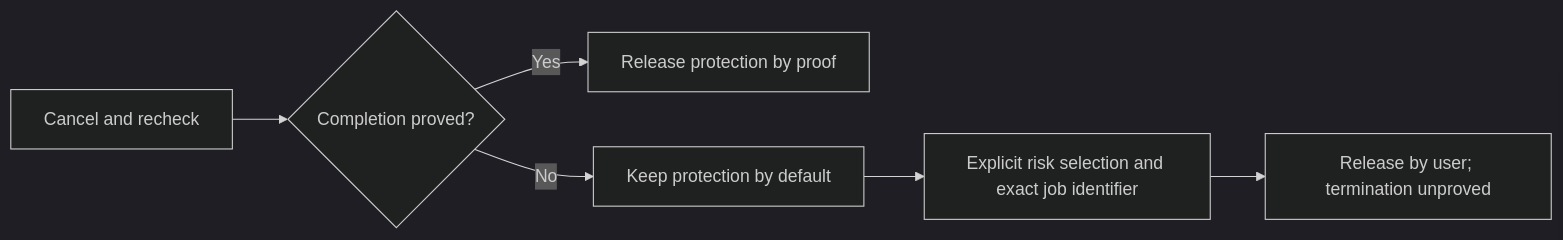
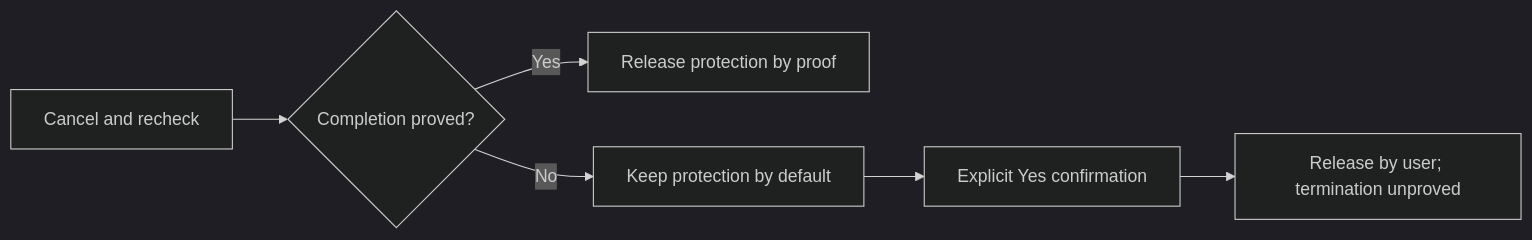
Before and after one commit to HenryQW/pi-harness: the first of 5 diagrams in extensions/pi-herdr-tools/README.md, drawn with Mermaid (dark theme). The commit also changed other lines of this file and 8 other files, not shown here.

````diff
--- a/extensions/pi-herdr-tools/README.md
+++ b/extensions/pi-herdr-tools/README.md
@@ -99,8 +105,8 @@
 ```mermaid
 flowchart LR
     A[Cancel and recheck] --> B{Completion proved?}
     B -->|Yes| C[Release protection by proof]
     B -->|No| D[Keep protection by default]
-    D --> E[Explicit risk selection and exact job identifier]
+    D --> E[Explicit Yes confirmation]
     E --> F[Release by user; termination unproved]
 ```
````
